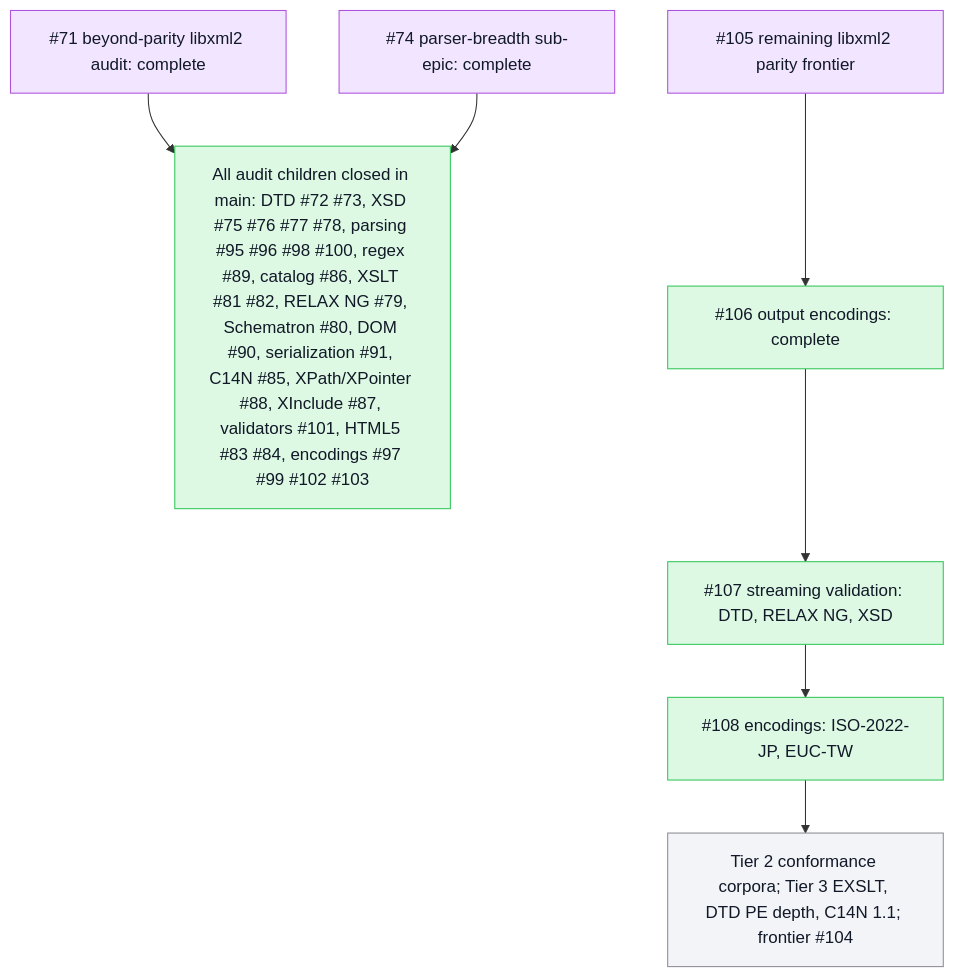
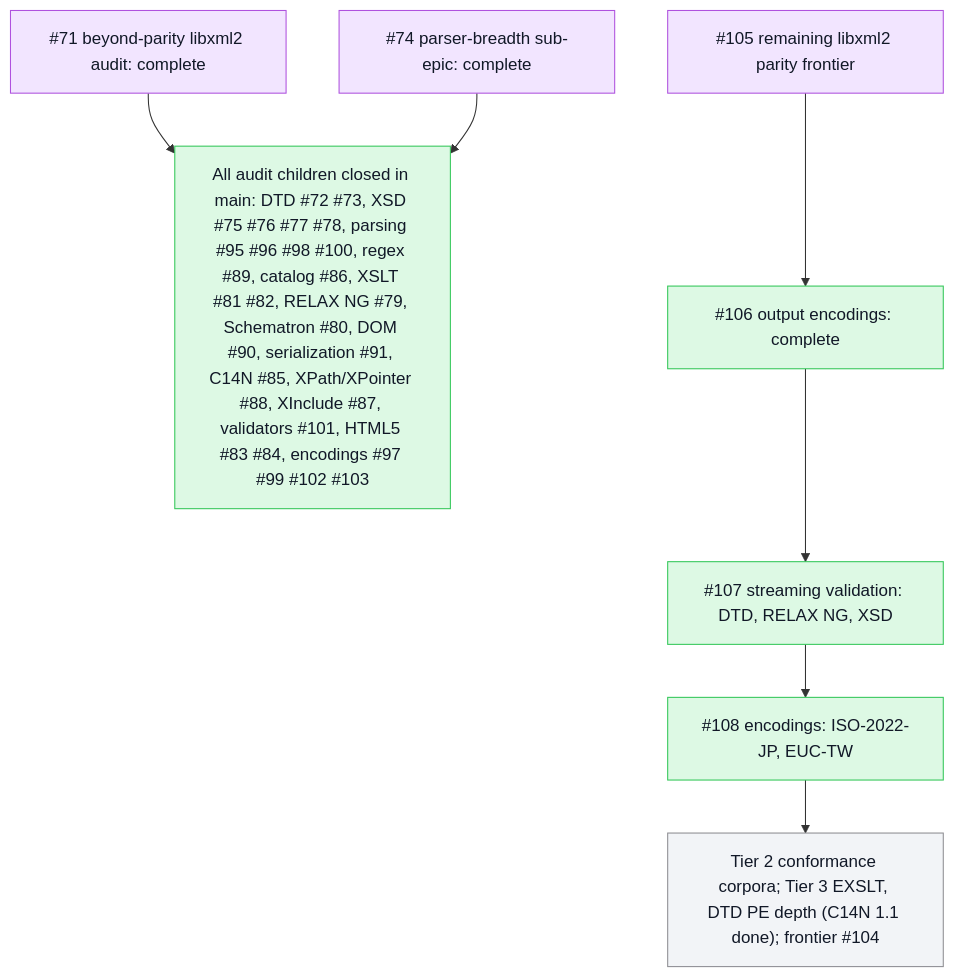
The second of 2 diagrams in README.md (mihaelamj/PureXML), drawn with Mermaid before and after one commit. The commit also changed other lines of this file and 5 other files, not shown here.

````diff
--- a/README.md
+++ b/README.md
@@ -76,21 +76,21 @@
 ```mermaid
 flowchart TB
   classDef done fill:#ddf9e4,stroke:#34c759,color:#111827
   classDef review fill:#fff7d6,stroke:#ffcc00,color:#111827
   classDef epic fill:#f2e5ff,stroke:#af52de,color:#111827
   classDef todo fill:#f2f4f7,stroke:#8e8e93,color:#111827
   Epic71["#71 beyond-parity libxml2 audit: complete"]:::epic
   Epic74["#74 parser-breadth sub-epic: complete"]:::epic
   Done["All audit children closed in main: DTD #72 #73, XSD #75 #76 #77 #78, parsing #95 #96 #98 #100, regex #89, catalog #86, XSLT #81 #82, RELAX NG #79, Schematron #80, DOM #90, serialization #91, C14N #85, XPath/XPointer #88, XInclude #87, validators #101, HTML5 #83 #84, encodings #97 #99 #102 #103"]:::done
   Epic71 --> Done
   Epic74 --> Done
   Epic105["#105 remaining libxml2 parity frontier"]:::epic
   OutEnc["#106 output encodings: complete"]:::done
   StreamVal["#107 streaming validation: DTD, RELAX NG, XSD"]:::done
   MoreEnc["#108 encodings: ISO-2022-JP, EUC-TW"]:::done
-  Depth["Tier 2 conformance corpora; Tier 3 EXSLT, DTD PE depth, C14N 1.1; frontier #104"]:::todo
+  Depth["Tier 2 conformance corpora; Tier 3 EXSLT, DTD PE depth (C14N 1.1 done); frontier #104"]:::todo
   Epic105 --> OutEnc
   OutEnc --> StreamVal
   StreamVal --> MoreEnc
   MoreEnc --> Depth
 ```
````
